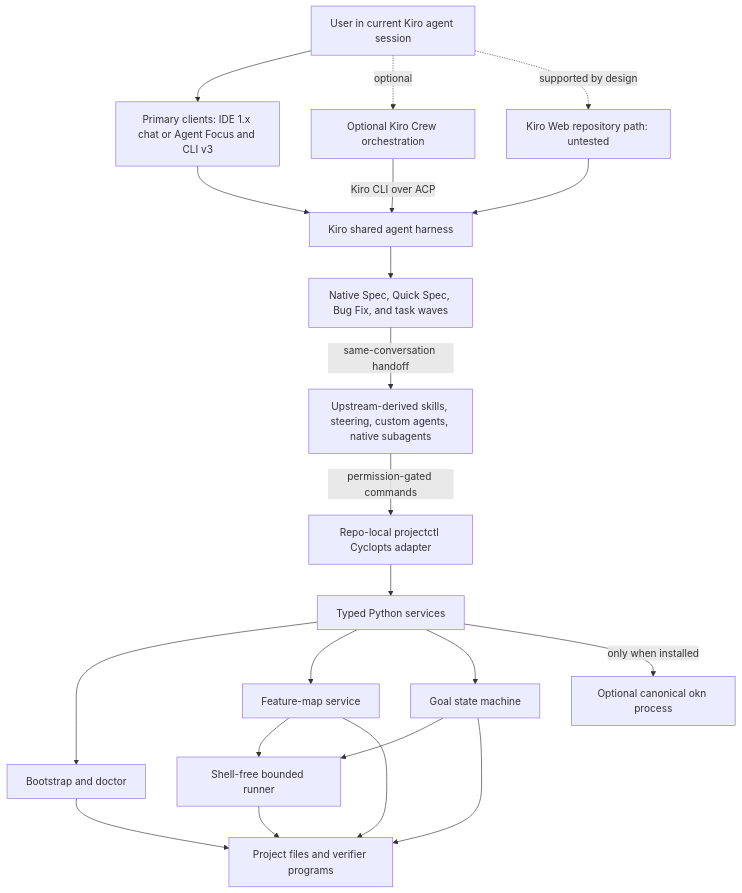
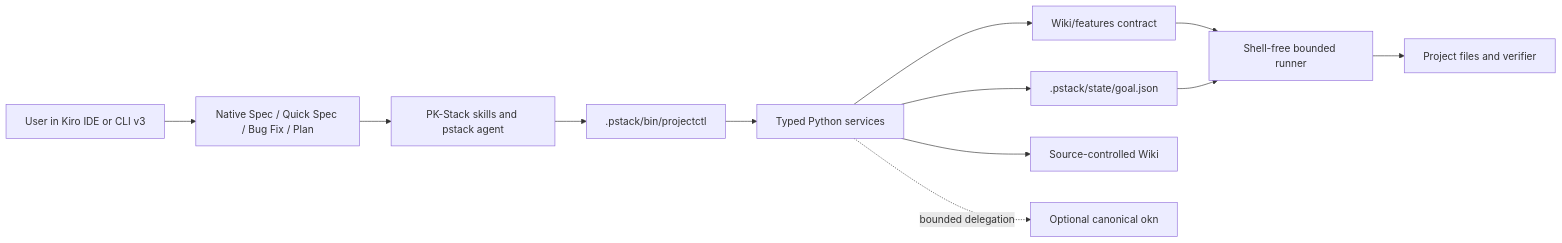
Before and after one commit to njs14/pkstack: the first of 2 diagrams in powers/pk-stack/docs/architecture.md, drawn with Mermaid. The commit also changed other lines of this file and 282 other files, not shown here.

````diff
--- a/powers/pk-stack/docs/architecture.md
+++ b/powers/pk-stack/docs/architecture.md
@@ -32,39 +32,24 @@
 ```mermaid
-flowchart TD
-    U[User in current Kiro agent session]
-    I[Primary clients: IDE 1.x chat or Agent Focus and CLI v3]
-    CW[Optional Kiro Crew orchestration]
-    W[Kiro Web repository path: untested]
-    K[Kiro shared agent harness]
-    N[Native Spec, Quick Spec, Bug Fix, and task waves]
-    A[Upstream-derived skills, steering, custom agents, native subagents]
-    C[Repo-local projectctl Cyclopts adapter]
-    S[Typed Python services]
-    B[Bootstrap and doctor]
-    F[Feature-map service]
-    G[Goal state machine]
-    R[Shell-free bounded runner]
-    O[Optional canonical okn process]
-    P[Project files and verifier programs]
+flowchart LR
+    User[User in Kiro IDE or CLI v3]
+    Plan[Native Spec / Quick Spec / Bug Fix / Plan]
+    Skill[PK-Stack skills and pstack agent]
+    CLI[.pstack/bin/projectctl]
+    Services[Typed Python services]
+    Contract[Wiki/features contract]
+    Goal[.pstack/state/goal.json]
+    Runner[Shell-free bounded runner]
+    Project[Project files and verifier]
+    Wiki[Source-controlled Wiki]
+    Okn[Optional canonical okn]
 
-    U --> I
-    U -. optional .-> CW
-    U -. supported by design .-> W
-    I --> K
-    CW -->|Kiro CLI over ACP| K
-    W --> K
-    K --> N
-    N -->|same-conversation handoff| A
-    A -->|permission-gated commands| C
-    C --> S
-    S --> B
-    S --> F
-    S --> G
-    F --> R
-    G --> R
-    S -->|only when installed| O
-    R --> P
-    B --> P
-    F --> P
-    G --> P
+    User --> Plan --> Skill --> CLI
+    CLI --> Services
+    Services --> Contract
+    Services --> Goal
+    Contract --> Runner
+    Goal --> Runner
+    Runner --> Project
+    Services --> Wiki
+    Services -. bounded delegation .-> Okn
 ```
````
